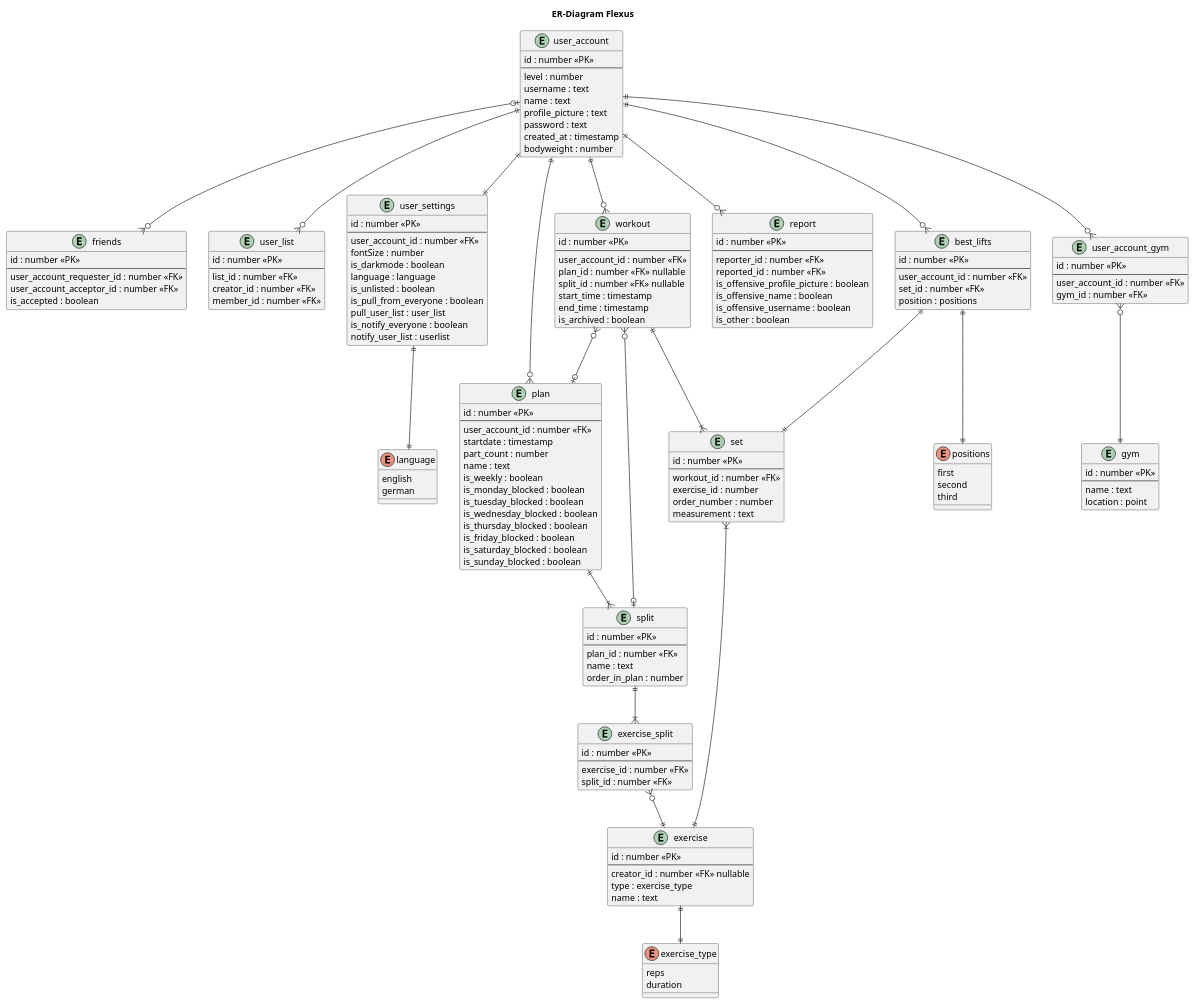
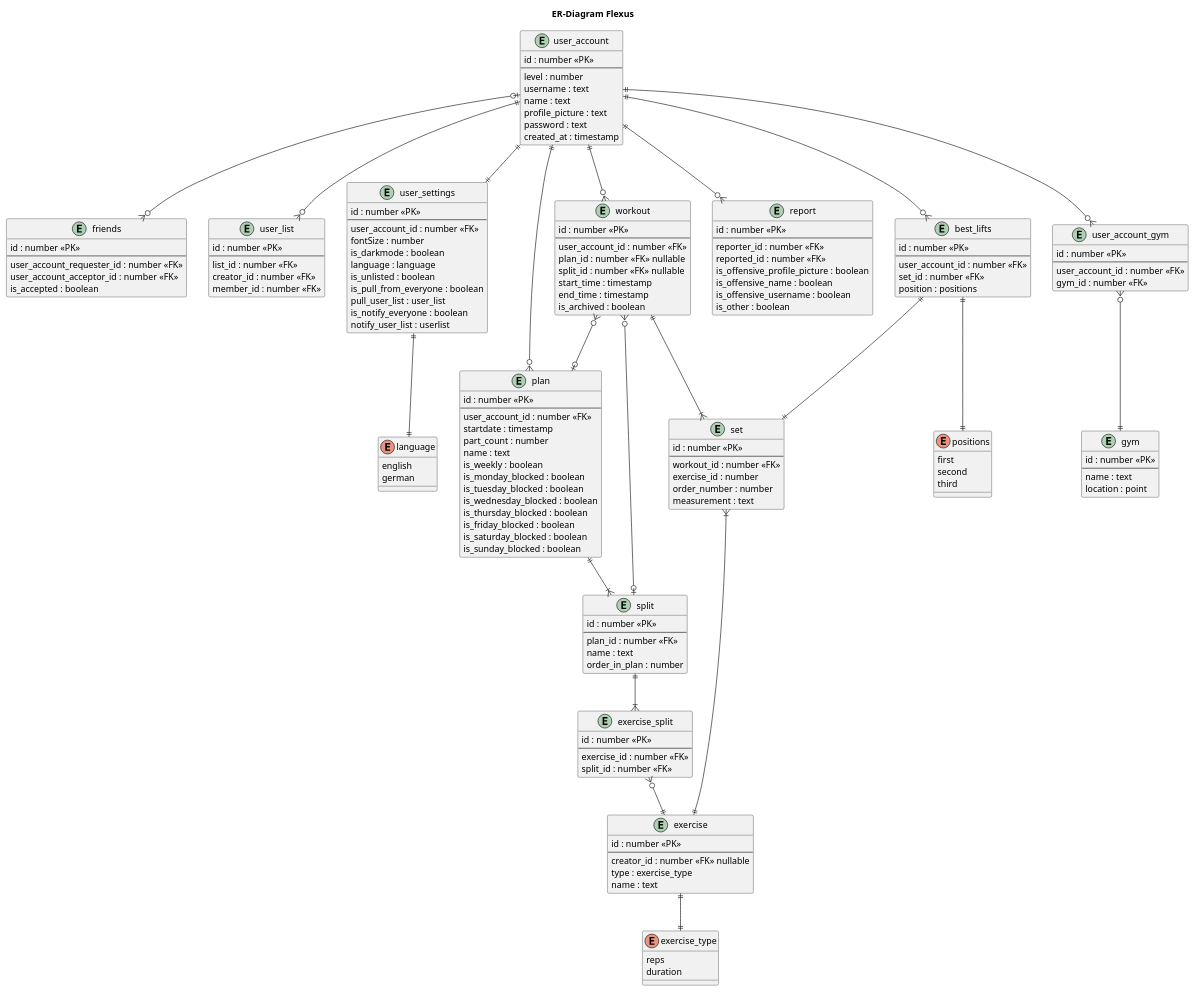
The diagram in backend/docs/er-diagram-postgres.plantuml (danielholzwarth/flexus), drawn with PlantUML before and after one commit. The commit also changed 17 other files, not shown here.

```diff
--- a/backend/docs/er-diagram-postgres.plantuml
+++ b/backend/docs/er-diagram-postgres.plantuml
@@ -1,179 +1,178 @@
 @startuml test
 title ER-Diagram Flexus
 
 entity user_account {
     id : number <<PK>>
     --
     level : number
     username : text
     name : text
     profile_picture : text
     password : text
     created_at : timestamp
-    bodyweight : number
 }
 
 entity friends {
     id : number <<PK>>
     --
     user_account_requester_id : number <<FK>>
     user_account_acceptor_id : number <<FK>>
     is_accepted : boolean
 }
 
 entity user_list {
     id : number <<PK>>
     --
     list_id : number <<FK>>
     creator_id : number <<FK>>
     member_id : number <<FK>>
 }
 
 
 entity user_settings {
     id : number <<PK>>
     --
     user_account_id : number <<FK>>
     fontSize : number
     is_darkmode : boolean
     language : language
     is_unlisted : boolean
     is_pull_from_everyone : boolean
     pull_user_list : user_list
     is_notify_everyone : boolean
     notify_user_list : userlist
 }
 
 entity plan {
     id : number <<PK>>
     --
     user_account_id : number <<FK>>
     startdate : timestamp
     part_count : number
     name : text
     is_weekly : boolean
     is_monday_blocked : boolean
     is_tuesday_blocked : boolean
     is_wednesday_blocked : boolean
     is_thursday_blocked : boolean
     is_friday_blocked : boolean
     is_saturday_blocked : boolean
     is_sunday_blocked : boolean
 }
 
 entity split {
     id : number <<PK>>
     --
     plan_id : number <<FK>>
     name : text
     order_in_plan : number
 }
 
 entity exercise {
     id : number <<PK>>
     --
     creator_id : number <<FK>> nullable
     type : exercise_type
     name : text
 }
 
 entity set {
     id : number <<PK>>
     --
     workout_id : number <<FK>>
     exercise_id : number
     order_number : number
     measurement : text
 }
 
 entity workout {
     id : number <<PK>>
     --
     user_account_id : number <<FK>>
     plan_id : number <<FK>> nullable
     split_id : number <<FK>> nullable
     start_time : timestamp
     end_time : timestamp
     is_archived : boolean
 }
 
 entity gym {
     id : number <<PK>>
     --
     name : text
     location : point
 }
 
 entity report {
     id : number <<PK>>
     --
     reporter_id : number <<FK>>
     reported_id : number <<FK>>
     is_offensive_profile_picture : boolean
     is_offensive_name : boolean
     is_offensive_username : boolean
     is_other : boolean
 }
 
 entity user_account_gym {
     id : number <<PK>>
     --
     user_account_id : number <<FK>>
     gym_id : number <<FK>>
 }
 
 entity exercise_split {
     id : number <<PK>>
     --
     exercise_id : number <<FK>>
     split_id : number <<FK>>
 }
 
 entity best_lifts {
     id : number <<PK>>
     --
     user_account_id : number <<FK>>
     set_id : number <<FK>>
     position : positions
 }
 
 enum exercise_type {
     reps
     duration
 }
 
 
 enum language {
     english
     german
 }
 
 enum positions {
     first
     second
     third
 }
 
 
 user_account ||--|| user_settings
 user_account ||--o{ user_account_gym
 user_account_gym }o--|| gym 
 user_account |o--o{ friends
 user_account ||--o{ user_list
 user_account ||--o{ workout 
 user_account ||--o{ report 
 user_account ||--o{ best_lifts
 user_settings ||--|| language
 best_lifts ||--|| set
 best_lifts ||--|| positions
 exercise ||--|| exercise_type
 user_account ||--o{ plan
 plan ||--|{ split
 split ||--|{ exercise_split
 exercise_split }o--|| exercise
 set }|--|| exercise
 workout }o--o| plan
 workout }o--o| split
 workout ||--|{ set
 
 @enduml
```
